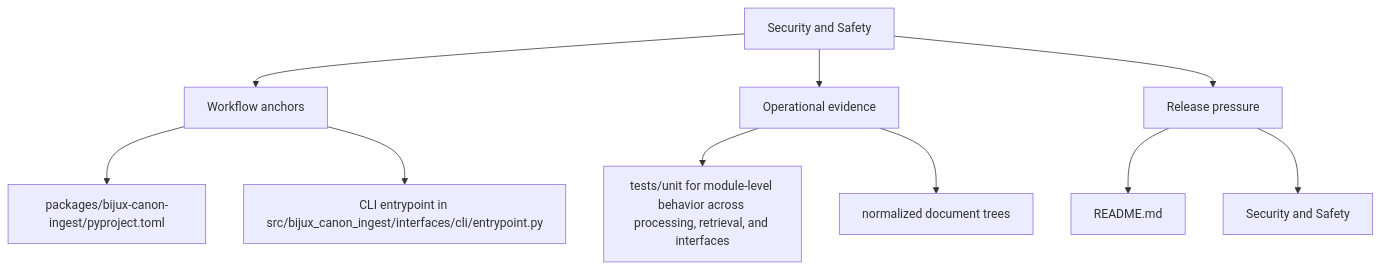
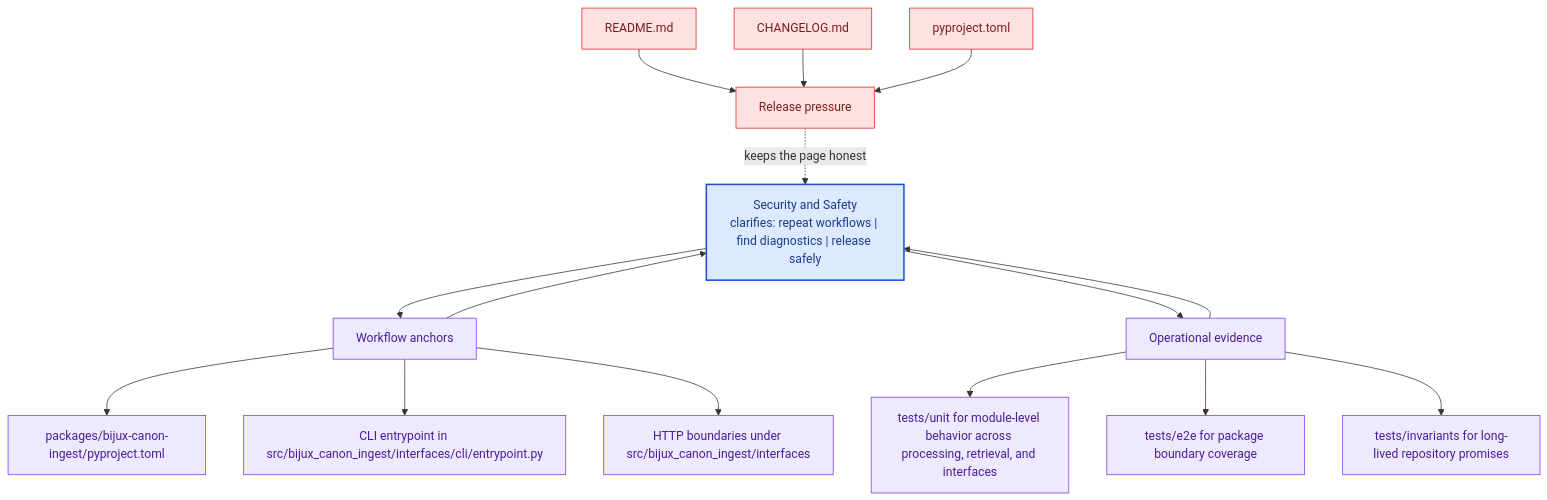
The second of 2 diagrams in docs/bijux-canon-ingest/operations/security-and-safety.md (bijux/bijux-canon), drawn with Mermaid before and after one commit. The commit also changed other lines of this file and 281 other files, not shown here.

Commit message:
docs(diagrams): deepen handbook mermaid maps across the catalog

````diff
--- a/docs/bijux-canon-ingest/operations/security-and-safety.md
+++ b/docs/bijux-canon-ingest/operations/security-and-safety.md
@@ -34,22 +67,41 @@
 ```mermaid
-flowchart TD
-    page["Security and Safety"]
+flowchart TB
+    promise["Security and Safety<br/>clarifies: repeat workflows | find diagnostics | release safely"]
+    classDef promise fill:#dbeafe,stroke:#1d4ed8,color:#1e3a8a,stroke-width:2px;
+    classDef driver fill:#dcfce7,stroke:#16a34a,color:#14532d;
+    classDef constraint fill:#fee2e2,stroke:#dc2626,color:#7f1d1d;
+    classDef ground fill:#ede9fe,stroke:#7c3aed,color:#4c1d95;
     focus1["Workflow anchors"]
-    page --> focus1
+    focus1 --> promise
+    promise --> focus1
     focus1_1["packages/bijux-canon-ingest/pyproject.toml"]
     focus1 --> focus1_1
     focus1_2["CLI entrypoint in src/bijux_canon_ingest/interfaces/cli/entrypoint.py"]
     focus1 --> focus1_2
+    focus1_3["HTTP boundaries under src/bijux_canon_ingest/interfaces"]
+    focus1 --> focus1_3
+    class focus1 ground;
+    class focus1_1,focus1_2,focus1_3 ground;
     focus2["Operational evidence"]
-    page --> focus2
+    focus2 --> promise
+    promise --> focus2
     focus2_1["tests/unit for module-level behavior across processing, retrieval, and interfaces"]
     focus2 --> focus2_1
-    focus2_2["normalized document trees"]
+    focus2_2["tests/e2e for package boundary coverage"]
     focus2 --> focus2_2
+    focus2_3["tests/invariants for long-lived repository promises"]
+    focus2 --> focus2_3
+    class focus2 ground;
+    class focus2_1,focus2_2,focus2_3 ground;
     focus3["Release pressure"]
-    page --> focus3
+    focus3 -.keeps the page honest.-> promise
     focus3_1["README.md"]
-    focus3 --> focus3_1
-    focus3_2["Security and Safety"]
-    focus3 --> focus3_2
+    focus3_1 --> focus3
+    focus3_2["CHANGELOG.md"]
+    focus3_2 --> focus3
+    focus3_3["pyproject.toml"]
+    focus3_3 --> focus3
+    class focus3 constraint;
+    class focus3_1,focus3_2,focus3_3 constraint;
+    class promise promise;
 ```
````
